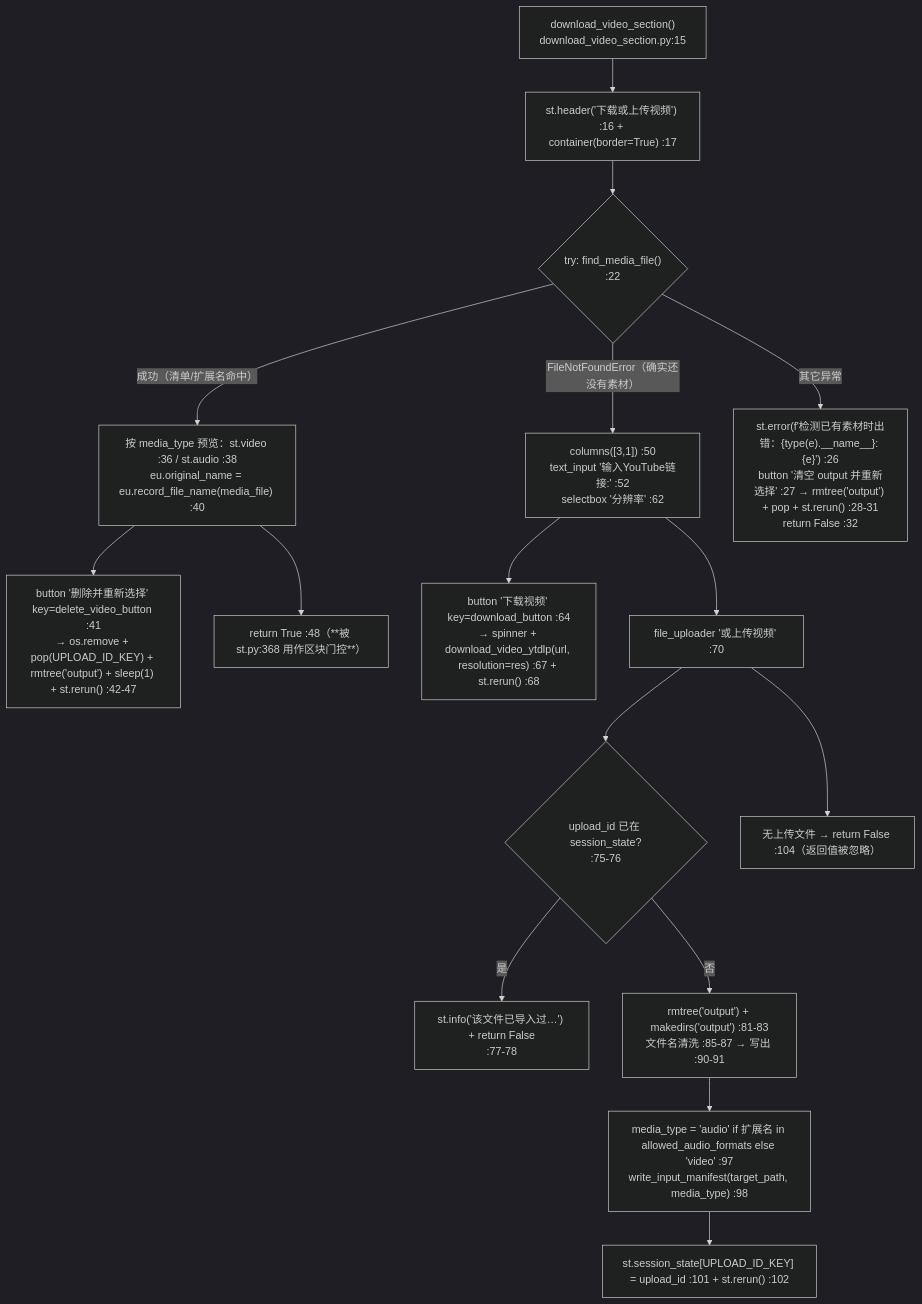
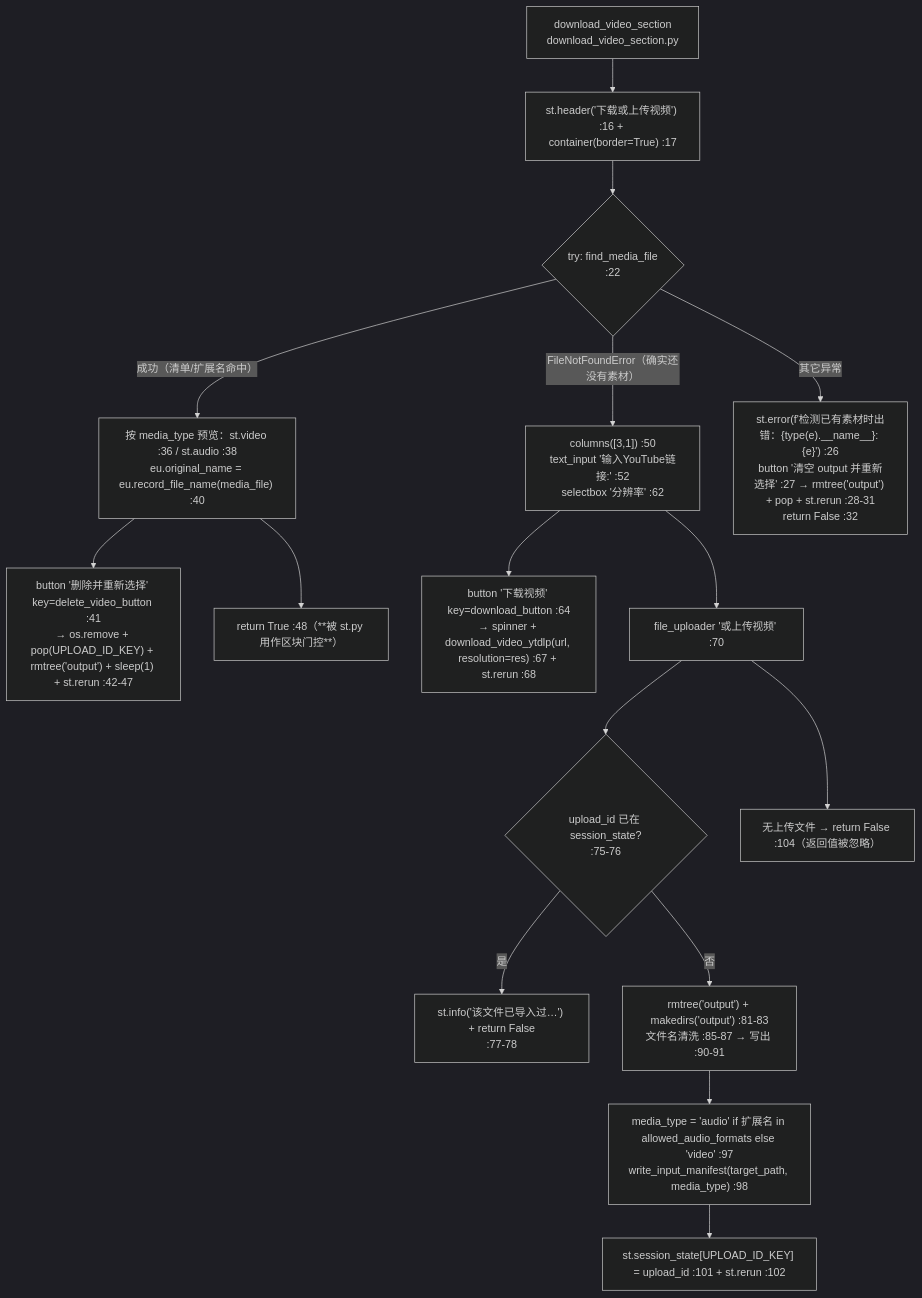
One commit to Brzjomo/VideoLingoMove changed the third of 3 diagrams in devdocs/04-interfaces/02-Streamlit界面组件.md. Above: the diagram before and after it, drawn with Mermaid (dark theme). The commit also changed other lines of this file and 33 other files, not shown here.

````diff
--- a/devdocs/04-interfaces/02-Streamlit界面组件.md
+++ b/devdocs/04-interfaces/02-Streamlit界面组件.md
@@ -104,18 +104,18 @@
 ```mermaid
 flowchart TD
-    A["download_video_section()<br/>download_video_section.py:15"] --> B["st.header('下载或上传视频') :16 + container(border=True) :17"]
-    B --> C{"try: find_media_file()<br/>:22"}
-    C -- "成功（清单/扩展名命中）" --> D["按 media_type 预览：st.video :36 / st.audio :38<br/>eu.original_name = eu.record_file_name(media_file) :40"]
-    D --> E["button '删除并重新选择' key=delete_video_button :41<br/>→ os.remove + pop(UPLOAD_ID_KEY) + rmtree('output') + sleep(1) + st.rerun() :42-47"]
-    D --> F["return True :48（**被 st.py:368 用作区块门控**）"]
-    C -- "FileNotFoundError（确实还没有素材）" --> G["columns([3,1]) :50<br/>text_input '输入YouTube链接:' :52<br/>selectbox '分辨率' :62"]
-    G --> H["button '下载视频' key=download_button :64<br/>→ spinner + download_video_ytdlp(url, resolution=res) :67 + st.rerun() :68"]
-    G --> I["file_uploader '或上传视频' :70"]
-    I --> I2{"upload_id 已在 session_state?<br/>:75-76"}
-    I2 -- "是" --> I3["st.info('该文件已导入过…') + return False<br/>:77-78"]
-    I2 -- "否" --> J["rmtree('output') + makedirs('output') :81-83<br/>文件名清洗 :85-87 → 写出 :90-91"]
-    J --> K["media_type = 'audio' if 扩展名 in allowed_audio_formats else 'video' :97<br/>write_input_manifest(target_path, media_type) :98"]
-    K --> L["st.session_state[UPLOAD_ID_KEY] = upload_id :101 + st.rerun() :102"]
-    I --> N["无上传文件 → return False :104（返回值被忽略）"]
-    C -- "其它异常" --> O["st.error(f'检测已有素材时出错：{type(e).__name__}: {e}') :26<br/>button '清空 output 并重新选择' :27 → rmtree('output') + pop + st.rerun() :28-31<br/>return False :32"]
+ A["download_video_section<br/>download_video_section.py"] --> B["st.header('下载或上传视频') :16 + container(border=True) :17"]
+ B --> C{"try: find_media_file<br/>:22"}
+ C -- "成功（清单/扩展名命中）" --> D["按 media_type 预览：st.video :36 / st.audio :38<br/>eu.original_name = eu.record_file_name(media_file) :40"]
+ D --> E["button '删除并重新选择' key=delete_video_button :41<br/>→ os.remove + pop(UPLOAD_ID_KEY) + rmtree('output') + sleep(1) + st.rerun :42-47"]
+ D --> F["return True :48（**被 st.py 用作区块门控**）"]
+ C -- "FileNotFoundError（确实还没有素材）" --> G["columns([3,1]) :50<br/>text_input '输入YouTube链接:' :52<br/>selectbox '分辨率' :62"]
+ G --> H["button '下载视频' key=download_button :64<br/>→ spinner + download_video_ytdlp(url, resolution=res) :67 + st.rerun :68"]
+ G --> I["file_uploader '或上传视频' :70"]
+ I --> I2{"upload_id 已在 session_state?<br/>:75-76"}
+ I2 -- "是" --> I3["st.info('该文件已导入过…') + return False<br/>:77-78"]
+ I2 -- "否" --> J["rmtree('output') + makedirs('output') :81-83<br/>文件名清洗 :85-87 → 写出 :90-91"]
+ J --> K["media_type = 'audio' if 扩展名 in allowed_audio_formats else 'video' :97<br/>write_input_manifest(target_path, media_type) :98"]
+ K --> L["st.session_state[UPLOAD_ID_KEY] = upload_id :101 + st.rerun :102"]
+ I --> N["无上传文件 → return False :104（返回值被忽略）"]
+ C -- "其它异常" --> O["st.error(f'检测已有素材时出错：{type(e).__name__}: {e}') :26<br/>button '清空 output 并重新选择' :27 → rmtree('output') + pop + st.rerun :28-31<br/>return False :32"]
 ```
````
